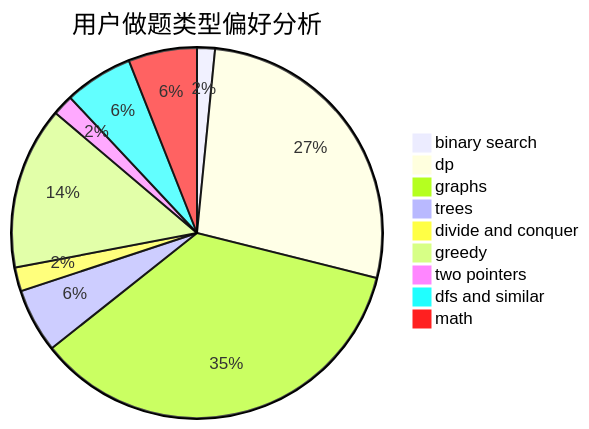
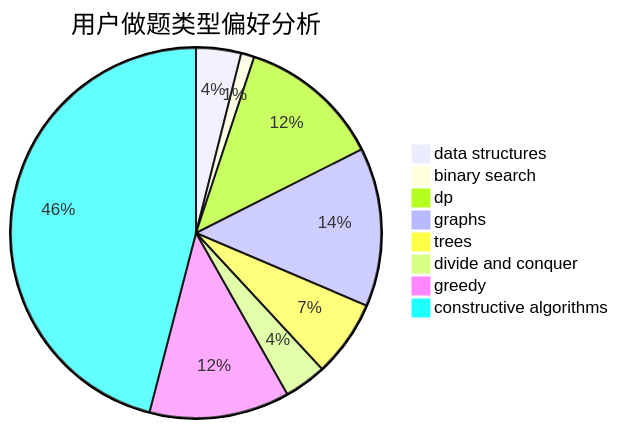
The second of 3 diagrams in docs/user/u1458.md (sherpahu/cfrs.github.io), drawn with Mermaid before and after one commit. The commit also changed other lines of this file and 2775 other files, not shown here.

````diff
--- a/docs/user/u1458.md
+++ b/docs/user/u1458.md
@@ -23,12 +23,11 @@
 ```mermaid
 pie title 用户做题类型偏好分析
-    "binary search" :  12
-    "dp" :  210
-    "graphs" :  272
-    "trees" :  43
+    "data structures" :  17
+    "binary search" :  5
+    "dp" :  54
+    "graphs" :  60
+    "trees" :  29
     "divide and conquer" :  16
-    "greedy" :  109
-    "two pointers" :  14
-    "dfs and similar" :  46
-    "math" :  46
+    "greedy" :  53
+    "constructive algorithms" :  199
 ```
````
